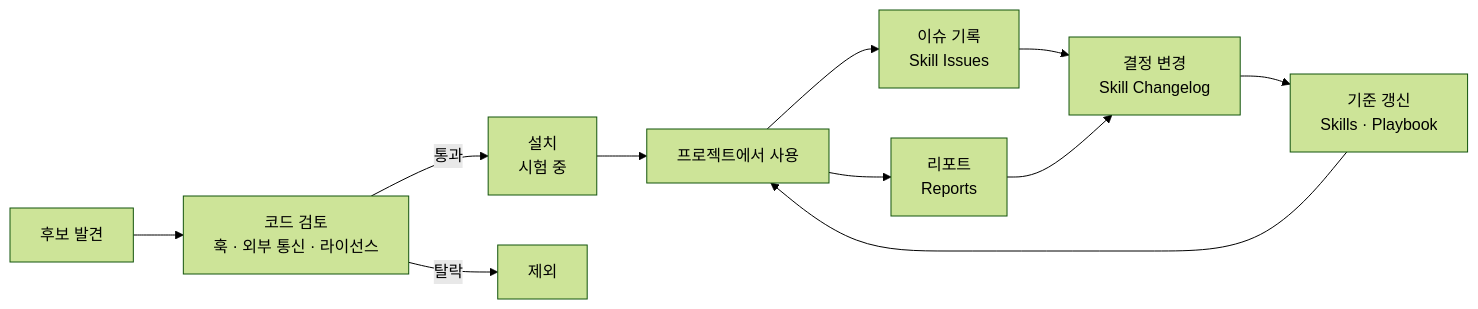
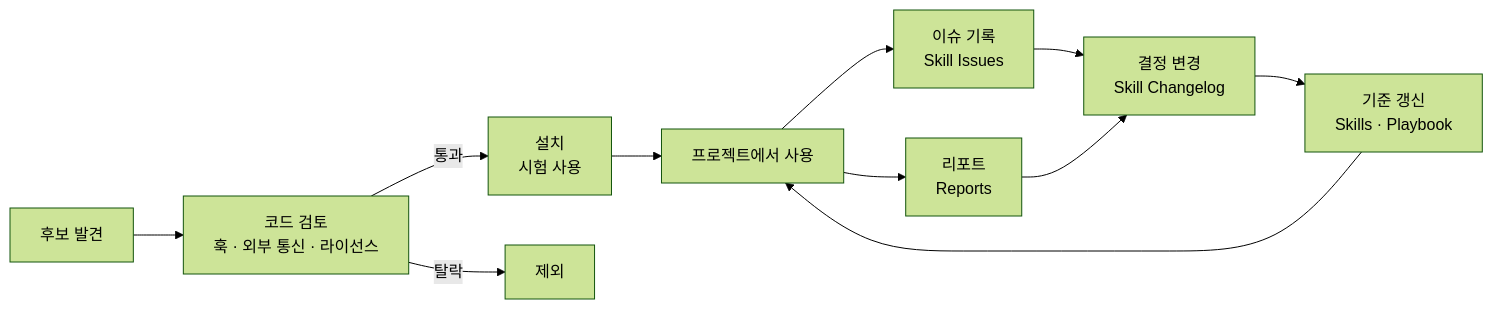
The diagram in README.md (AidenLee0408/side-toolkit), drawn with Mermaid (forest theme) before and after one commit. The commit also changed other lines of this file and 9 other files, not shown here.

````diff
--- a/README.md
+++ b/README.md
@@ -73,13 +76,13 @@
 ```mermaid
 flowchart LR
     A[후보 발견] --> B[코드 검토<br/>훅 · 외부 통신 · 라이선스]
-    B -->|통과| C[설치<br/>시험 중]
+    B -->|통과| C[설치<br/>시험 사용]
     B -->|탈락| X[제외]
     C --> D[프로젝트에서 사용]
     D --> E[이슈 기록<br/>Skill Issues]
     D --> F[리포트<br/>Reports]
     E --> G[결정 변경<br/>Skill Changelog]
     F --> G
     G --> H[기준 갱신<br/>Skills · Playbook]
     H --> D
 ```
````
